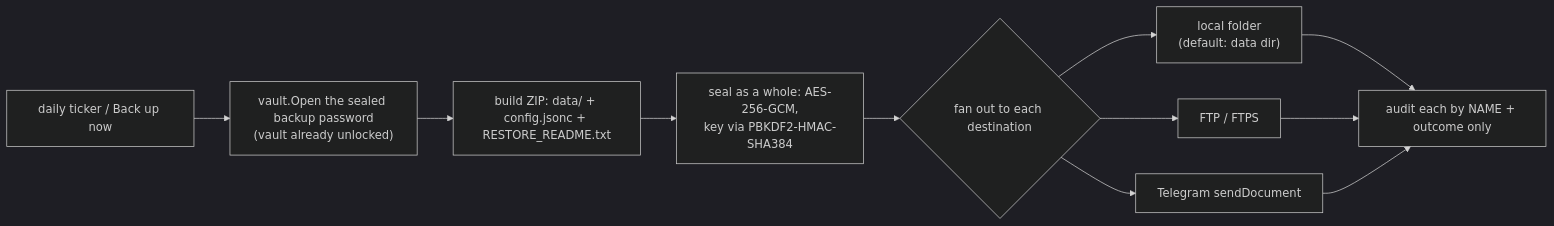
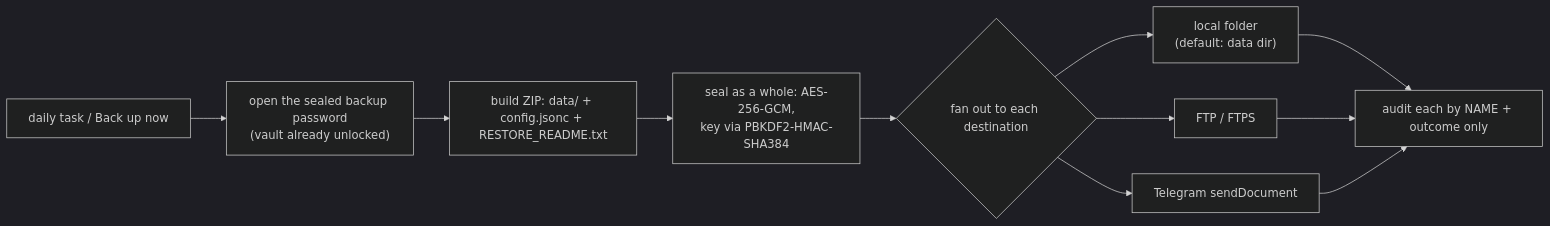
The fifth of 5 diagrams in docs/architecture/storage-backup-recovery.md (DavidTimar1/SopsHQ), drawn with Mermaid (dark theme) before and after one commit. The commit also changed other lines of this file and 35 other files, not shown here.

````diff
--- a/docs/architecture/storage-backup-recovery.md
+++ b/docs/architecture/storage-backup-recovery.md
@@ -304,13 +338,13 @@
 ```mermaid
 flowchart LR
-  T["daily ticker / Back up now"] --> P["vault.Open the sealed backup password\n(vault already unlocked)"]
+  T["daily task / Back up now"] --> P["open the sealed backup password\n(vault already unlocked)"]
   P --> B["build ZIP: data/ + config.jsonc + RESTORE_README.txt"]
   B --> S["seal as a whole: AES-256-GCM,\nkey via PBKDF2-HMAC-SHA384"]
   S --> D{"fan out to each destination"}
   D --> L["local folder\n(default: data dir)"]
   D --> F["FTP / FTPS"]
   D --> G["Telegram sendDocument"]
   L --> A["audit each by NAME + outcome only"]
   F --> A
   G --> A
 ```
````
